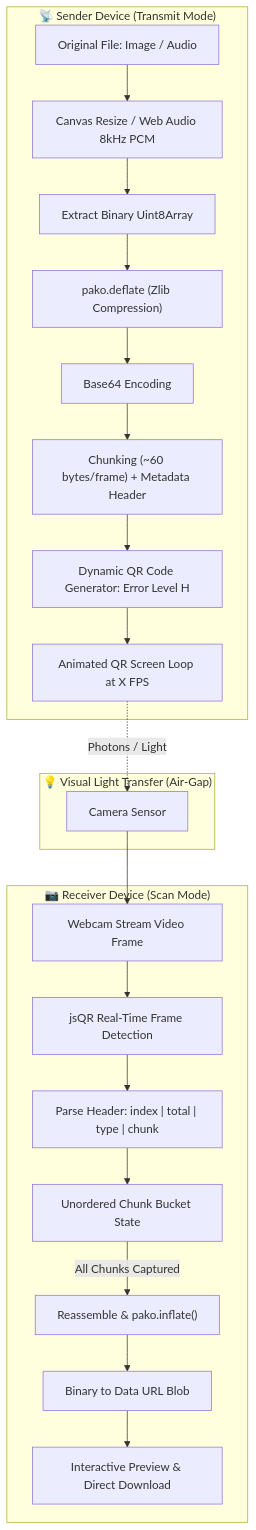
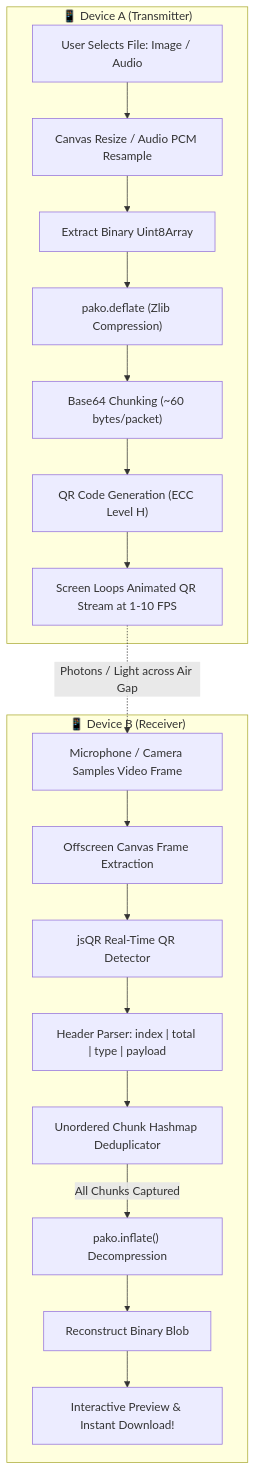
The diagram in README.md (hasim2006/QR-Mesh), drawn with Mermaid before and after one commit. The commit also changed other lines of this file, not shown here.

````diff
--- a/README.md
+++ b/README.md
@@ -62,26 +79,23 @@
 ```mermaid
 flowchart TD
-    subgraph SENDER ["📡 Sender Device (Transmit Mode)"]
-        A[Original File: Image / Audio] --> B[Canvas Resize / Web Audio 8kHz PCM]
-        B --> C[Extract Binary Uint8Array]
-        C --> D["pako.deflate (Zlib Compression)"]
-        D --> E[Base64 Encoding]
-        E --> F["Chunking (~60 bytes/frame) + Metadata Header"]
-        F --> G[Dynamic QR Code Generator: Error Level H]
-        G --> H[Animated QR Screen Loop at X FPS]
+    subgraph SENDER["📱 Device A (Transmitter)"]
+        A1[User Selects File: Image / Audio] --> A2[Canvas Resize / Audio PCM Resample]
+        A2 --> A3[Extract Binary Uint8Array]
+        A3 --> A4["pako.deflate (Zlib Compression)"]
+        A4 --> A5["Base64 Chunking (~60 bytes/packet)"]
+        A5 --> A6["QR Code Generation (ECC Level H)"]
+        A6 --> A7["Screen Loops Animated QR Stream at 1-10 FPS"]
     end
 
-    subgraph OPTICAL ["💡 Visual Light Transfer (Air-Gap)"]
-        H -.->|Photons / Light| I[Camera Sensor]
-    end
+    A7 -. "Photons / Light across Air Gap" .-> B1
 
-    subgraph RECEIVER ["📷 Receiver Device (Scan Mode)"]
-        I --> J[Webcam Stream Video Frame]
-        J --> K["jsQR Real-Time Frame Detection"]
-        K --> L["Parse Header: index | total | type | chunk"]
-        L --> M[Unordered Chunk Bucket State]
-        M -->|All Chunks Captured| N["Reassemble & pako.inflate()"]
-        N --> O[Binary to Data URL Blob]
-        O --> P[Interactive Preview & Direct Download]
+    subgraph RECEIVER["📱 Device B (Receiver)"]
+        B1["Microphone / Camera Samples Video Frame"] --> B2["Offscreen Canvas Frame Extraction"]
+        B2 --> B3["jsQR Real-Time QR Detector"]
+        B3 --> B4["Header Parser: index | total | type | payload"]
+        B4 --> B5["Unordered Chunk Hashmap Deduplicator"]
+        B5 -->|All Chunks Captured| B6["pako.inflate() Decompression"]
+        B6 --> B7["Reconstruct Binary Blob"]
+        B7 --> B8["Interactive Preview & Instant Download!"]
     end
 ```
````
